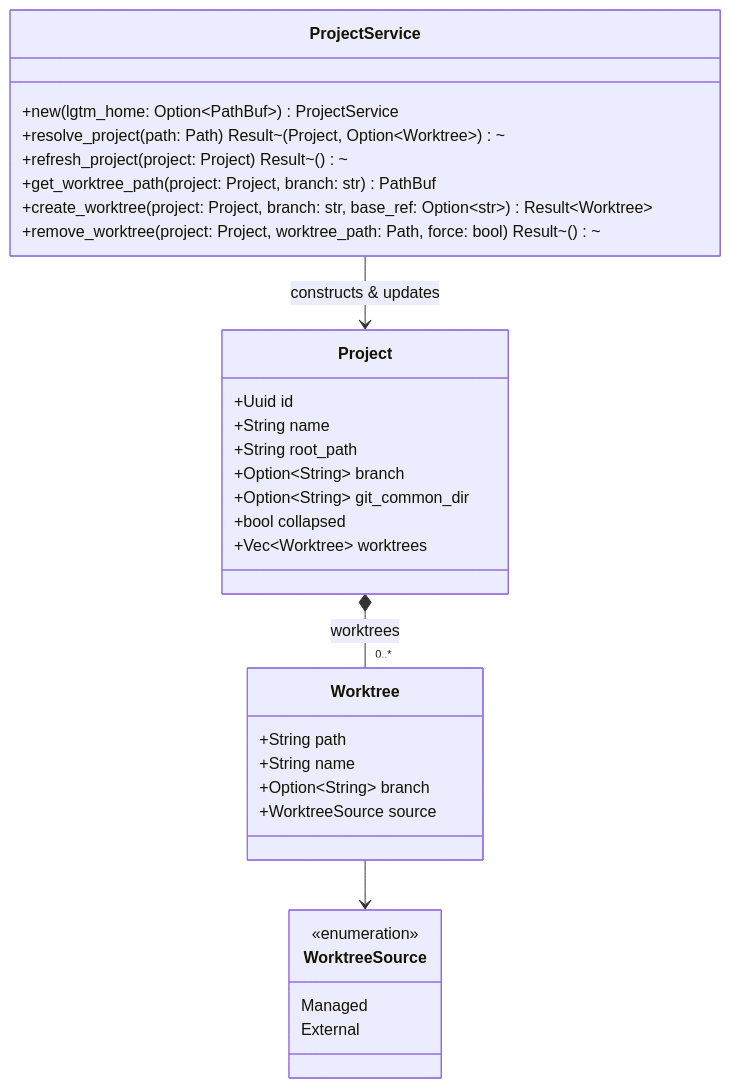
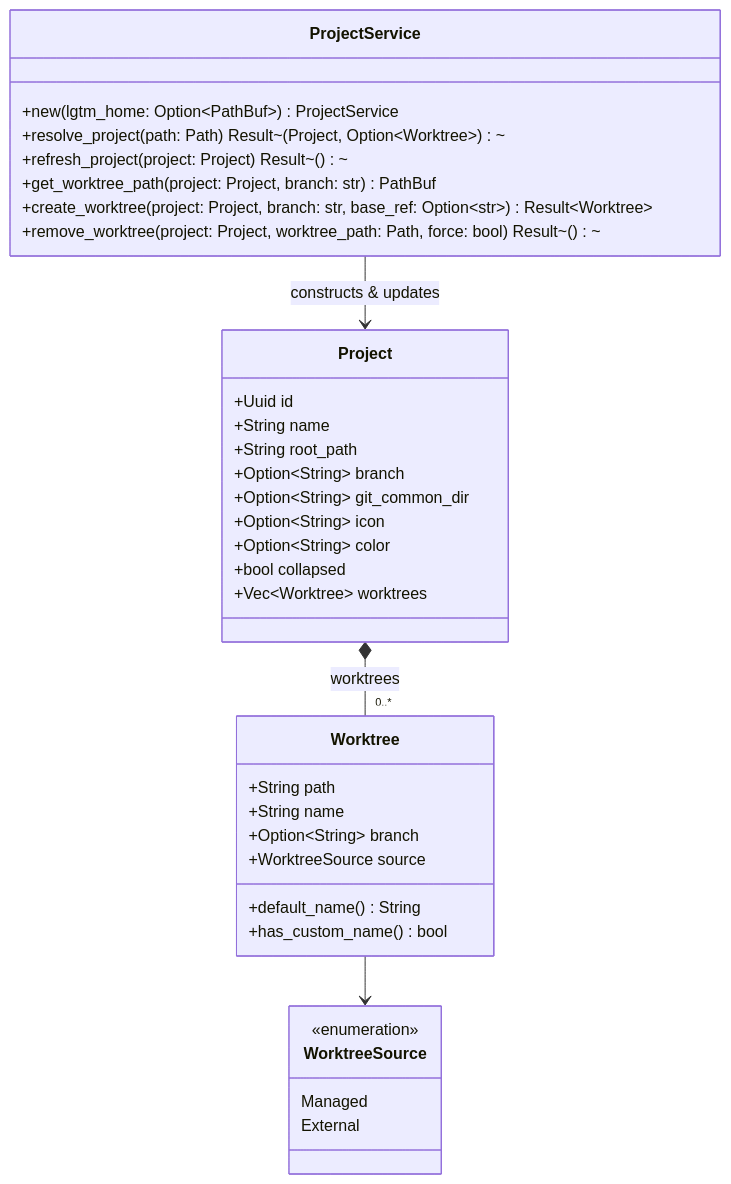
Before and after one commit to difflab-io/lgtm: the second of 3 diagrams in docs/architecture/project/index.md, drawn with Mermaid. The commit also changed other lines of this file and 21 other files, not shown here.

````diff
--- a/docs/architecture/project/index.md
+++ b/docs/architecture/project/index.md
@@ -56,40 +57,44 @@
 ```mermaid
 classDiagram
     direction TB
 
     class Project {
         +Uuid id
         +String name
         +String root_path
         +Option~String~ branch
         +Option~String~ git_common_dir
+        +Option~String~ icon
+        +Option~String~ color
         +bool collapsed
         +Vec~Worktree~ worktrees
     }
 
     class Worktree {
         +String path
         +String name
         +Option~String~ branch
         +WorktreeSource source
+        +default_name() String
+        +has_custom_name() bool
     }
 
     class WorktreeSource {
         <<enumeration>>
         Managed
         External
     }
 
     class ProjectService {
         +new(lgtm_home: Option~PathBuf~) ProjectService
         +resolve_project(path: Path) Result~(Project, Option~Worktree~)~
         +refresh_project(project: Project) Result~()~
         +get_worktree_path(project: Project, branch: str) PathBuf
         +create_worktree(project: Project, branch: str, base_ref: Option~str~) Result~Worktree~
         +remove_worktree(project: Project, worktree_path: Path, force: bool) Result~()~
     }
 
     Project *-- "0..*" Worktree : worktrees
     Worktree --> WorktreeSource
     ProjectService --> Project : constructs & updates
 ```
````
